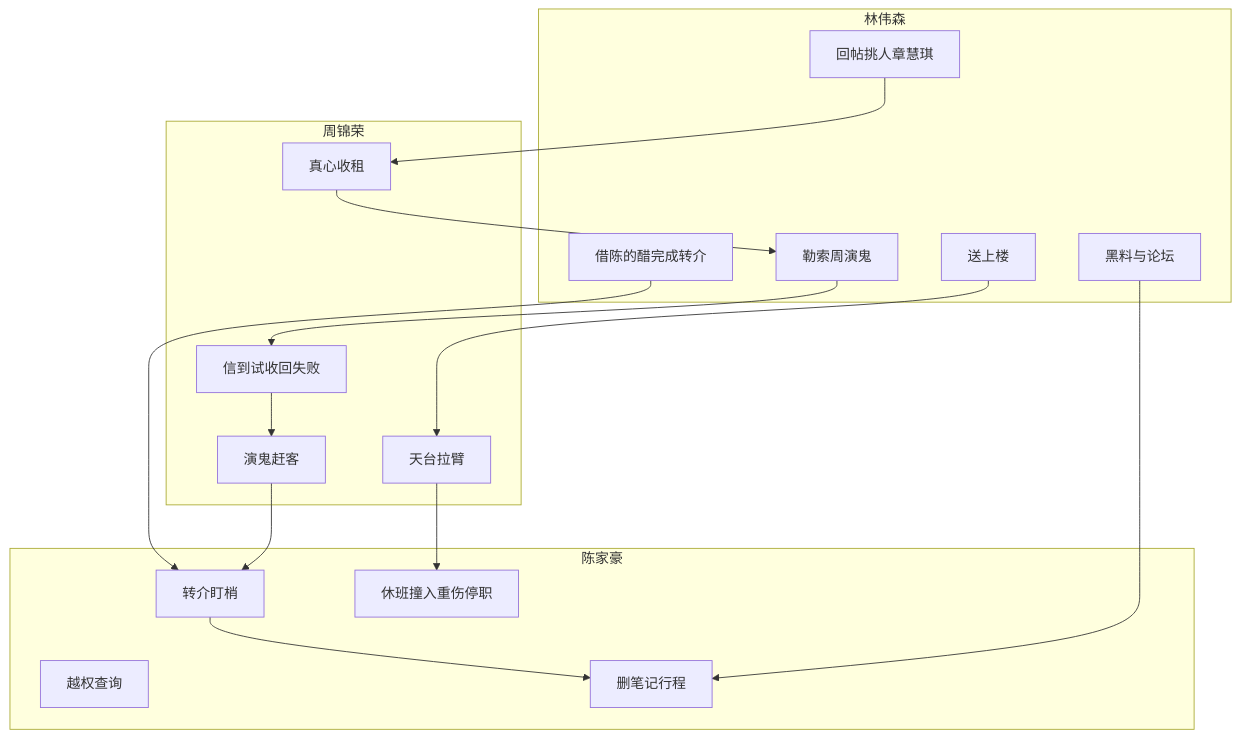
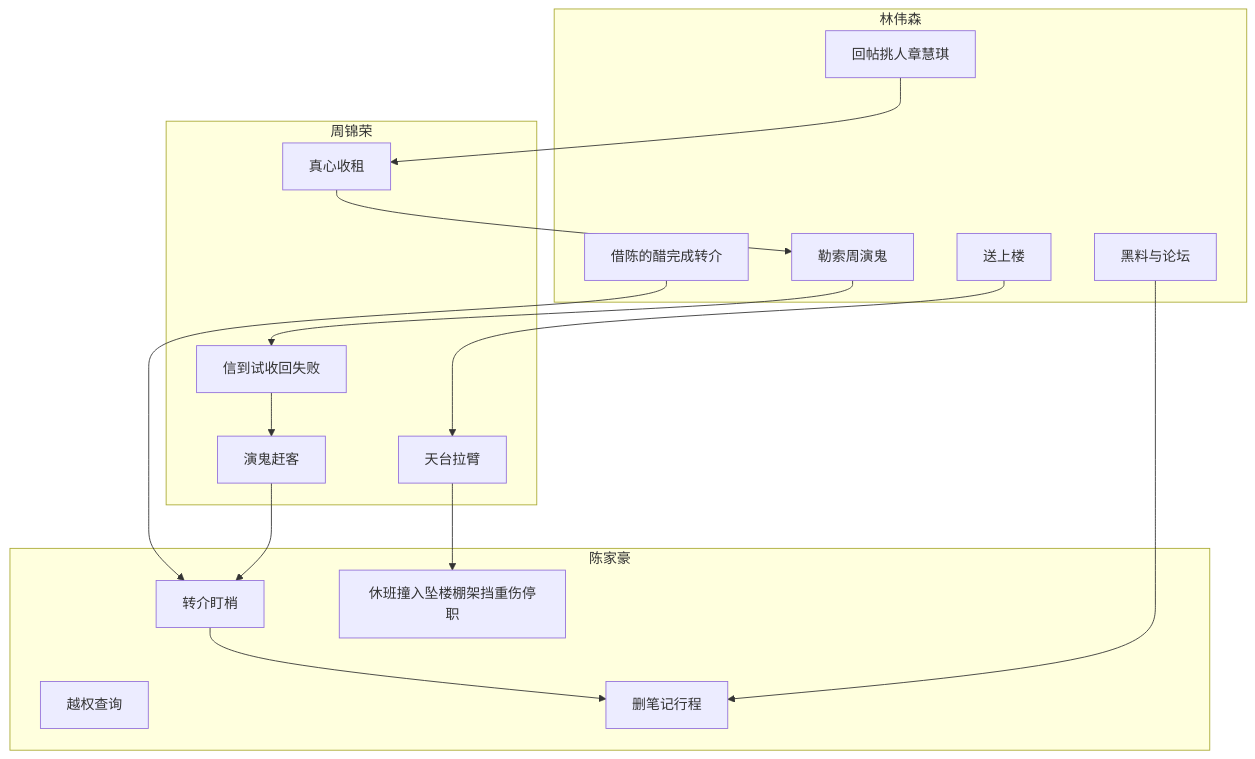
One commit to HSDCT1230/game_undo changed the diagram in 策划/设定/07-时间线与因果.md. Above: the diagram before and after it, drawn with Mermaid. The commit also changed other lines of this file and 283 other files, not shown here.

````diff
--- a/策划/设定/07-时间线与因果.md
+++ b/策划/设定/07-时间线与因果.md
@@ -162,31 +164,31 @@
 ```mermaid
 flowchart TB
   subgraph lin [林伟森]
     L1[回帖挑人章慧琪]
     L2[勒索周演鬼]
     L3[借陈的醋完成转介]
     L4[黑料与论坛]
     L5[送上楼]
   end
   subgraph zhou [周锦荣]
     Z1[真心收租]
     Z2[信到试收回失败]
     Z3[演鬼赶客]
     Z4[天台拉臂]
   end
   subgraph chen [陈家豪]
     C1[越权查询]
     C2[转介盯梢]
     C3[删笔记行程]
-    C4[休班撞入重伤停职]
+    C4[休班撞入坠楼棚架挡重伤停职]
   end
   L1 --> Z1
   Z1 --> L2
   L2 --> Z2 --> Z3
   L3 --> C2
   Z3 --> C2
   C2 --> C3
   L4 --> C3
   L5 --> Z4
   Z4 --> C4
 ```
````
